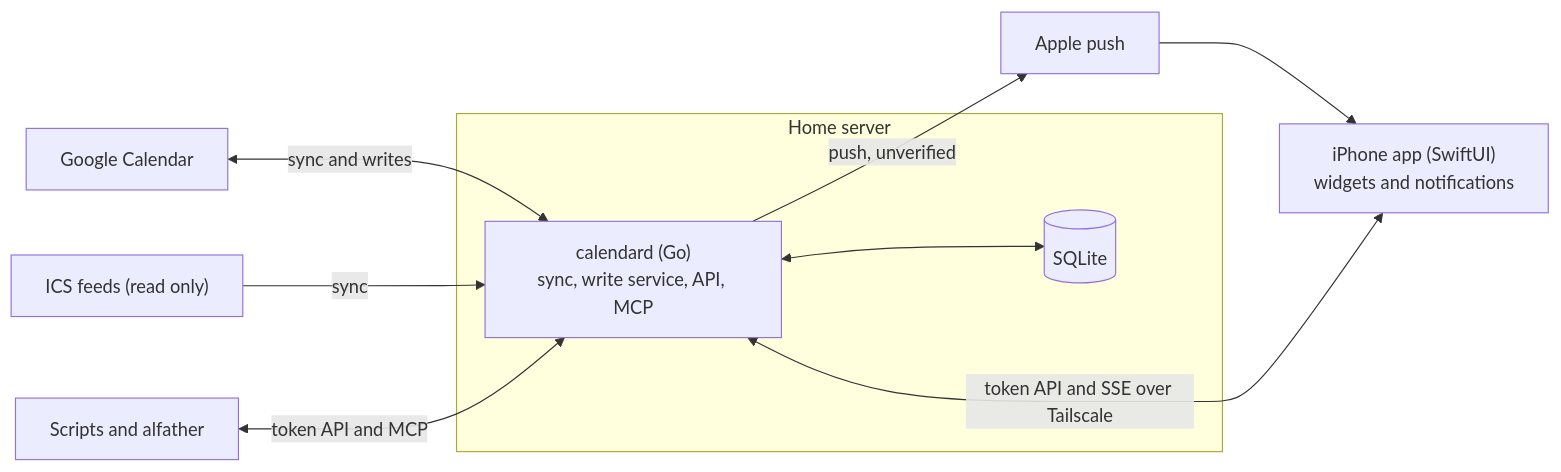
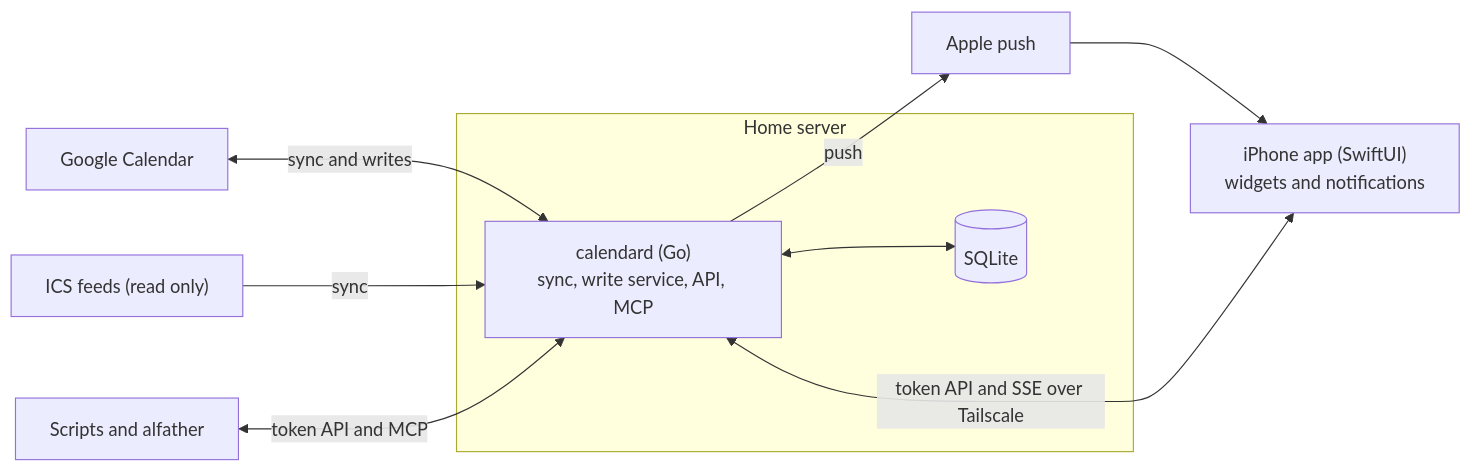
The first of 2 diagrams in README.md (sunday-studio/calendar), drawn with Mermaid before and after one commit. The commit also changed other lines of this file and 4 other files, not shown here.

````diff
--- a/README.md
+++ b/README.md
@@ -72,19 +71,19 @@
 ```mermaid
 flowchart LR
   G["Google Calendar"]
   ICS["ICS feeds (read only)"]
   subgraph Home["Home server"]
     HUB["calendard (Go)<br/>sync, write service, API, MCP"]
     DB[("SQLite")]
   end
   APP["iPhone app (SwiftUI)<br/>widgets and notifications"]
   AGENT["Scripts and alfather"]
   APNS["Apple push"]
   G <-->|"sync and writes"| HUB
   ICS -->|"sync"| HUB
   HUB <--> DB
   APP <-->|"token API and SSE over Tailscale"| HUB
   AGENT <-->|"token API and MCP"| HUB
-  HUB -->|"push, unverified"| APNS
+  HUB -->|"push"| APNS
   APNS --> APP
 ```
````
